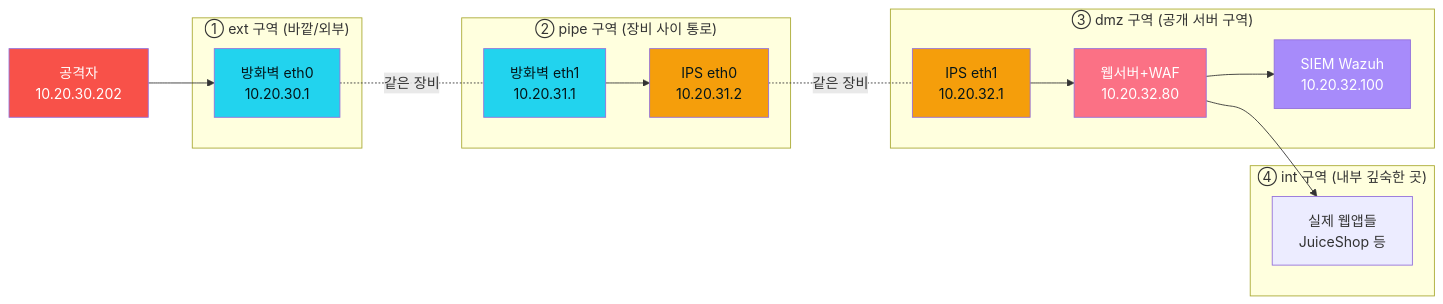
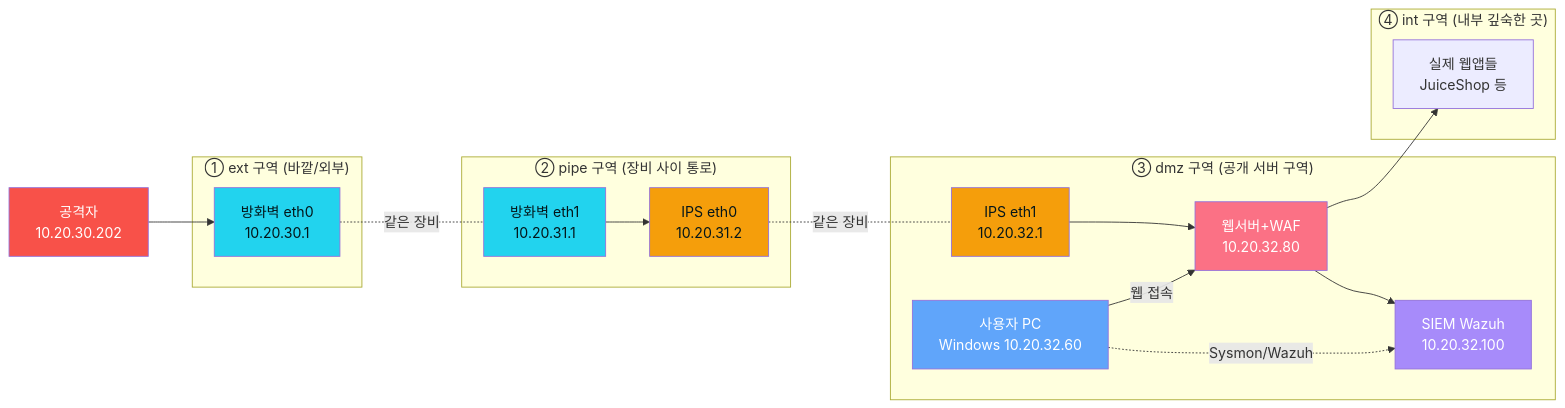
One commit to mrgrit/ccc changed the first of 4 diagrams in contents/standalone/lecture/secuops-easy/lecture_week01.md. Above: the diagram before and after it, drawn with Mermaid. The commit also changed other lines of this file and 2 other files, not shown here.

First line of the commit message:
feat(secuops-easy W1): Windows 엔드포인트(victim PC) 토폴로지 반영

````diff
--- a/contents/standalone/lecture/secuops-easy/lecture_week01.md
+++ b/contents/standalone/lecture/secuops-easy/lecture_week01.md
@@ -69,33 +69,37 @@
 ```mermaid
 graph LR
     ATK[공격자<br/>10.20.30.202]
     subgraph EXT["① ext 구역 (바깥/외부)"]
         FW_E[방화벽 eth0<br/>10.20.30.1]
     end
     subgraph PIPE["② pipe 구역 (장비 사이 통로)"]
         FW_P[방화벽 eth1<br/>10.20.31.1]
         IPS_P[IPS eth0<br/>10.20.31.2]
     end
     subgraph DMZ["③ dmz 구역 (공개 서버 구역)"]
         IPS_D[IPS eth1<br/>10.20.32.1]
         WEB[웹서버+WAF<br/>10.20.32.80]
         SIEM[SIEM Wazuh<br/>10.20.32.100]
+        WIN[사용자 PC<br/>Windows 10.20.32.60]
     end
     subgraph INT["④ int 구역 (내부 깊숙한 곳)"]
         APP[실제 웹앱들<br/>JuiceShop 등]
     end
     ATK --> FW_E
     FW_E -.같은 장비.- FW_P
     FW_P --> IPS_P
     IPS_P -.같은 장비.- IPS_D
     IPS_D --> WEB
     WEB --> APP
     WEB --> SIEM
+    WIN -->|웹 접속| WEB
+    WIN -.Sysmon/Wazuh.-> SIEM
     style ATK fill:#f85149,color:#fff
     style FW_E fill:#22d3ee,color:#04161a
     style FW_P fill:#22d3ee,color:#04161a
     style IPS_P fill:#f59e0b,color:#04161a
     style IPS_D fill:#f59e0b,color:#04161a
     style WEB fill:#fb7185,color:#fff
     style SIEM fill:#a78bfa,color:#fff
+    style WIN fill:#60a5fa,color:#fff
 ```
````
